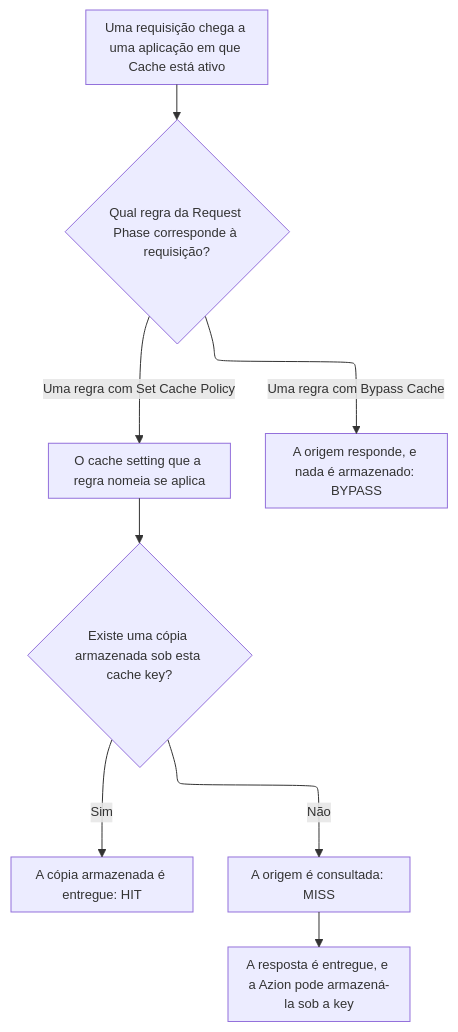
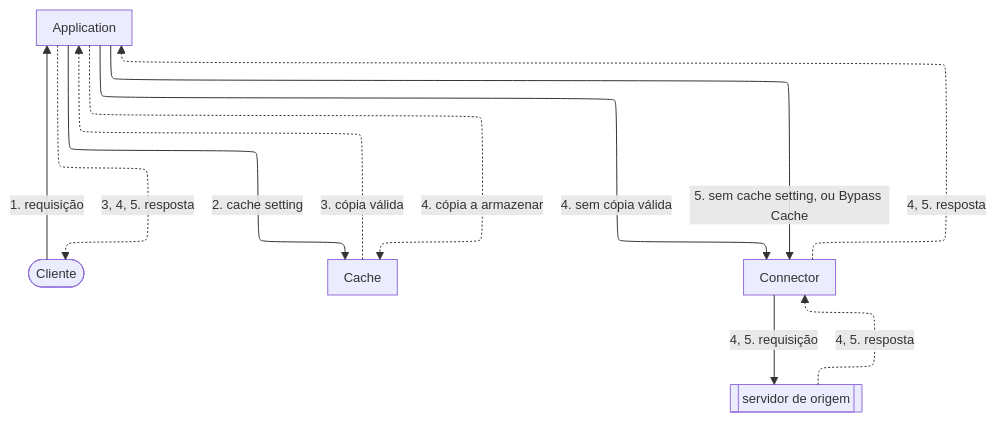
The diagram in apps/docs/src/content/docs/pt-br/pages/build/cache/visao-geral.mdx (aziontech/docs), drawn with Mermaid before and after one commit. The commit also changed other lines of this file and 5 other files, not shown here.

First line of the commit message:
docs(cache): apply the new rules to the Cache overview, quickstart, and Expiration and freshness

````diff
--- a/apps/docs/src/content/docs/pt-br/pages/build/cache/visao-geral.mdx
+++ b/apps/docs/src/content/docs/pt-br/pages/build/cache/visao-geral.mdx
@@ -57,11 +59,19 @@
 ```mermaid
-%%{init: {"layout": "elk", "themeVariables": {"fontSize": "13px"}, "flowchart": {"nodeSpacing": 24, "rankSpacing": 36, "padding": 8, "wrappingWidth": 150, "useMaxWidth": true}, "sequence": {"width": 120, "actorMargin": 30, "useMaxWidth": true}}}%%
+%%{init: {"layout": "elk", "elk": {"cycleBreakingStrategy": "MODEL_ORDER"}, "themeVariables": {"fontSize": "13px"}, "flowchart": {"nodeSpacing": 24, "rankSpacing": 36, "padding": 8, "wrappingWidth": 150, "useMaxWidth": true}, "sequence": {"width": 120, "actorMargin": 30, "useMaxWidth": true}}}%%
 flowchart TD
-  Request["Uma requisição chega a uma aplicação em que Cache está ativo"] --> Rules{"Qual regra da Request Phase corresponde à requisição?"}
-  Rules -->|"Uma regra com Set Cache Policy"| Setting["O cache setting que a regra nomeia se aplica"]
-  Rules -->|"Uma regra com Bypass Cache"| Bypass["A origem responde, e nada é armazenado: BYPASS"]
-  Setting --> Lookup{"Existe uma cópia armazenada sob esta cache key?"}
-  Lookup -->|"Sim"| Hit["A cópia armazenada é entregue: HIT"]
-  Lookup -->|"Não"| Origin["A origem é consultada: MISS"]
-  Origin --> Store["A resposta é entregue, e a Azion pode armazená-la sob a key"]
+  Client(["Cliente"])
+  App["Application"]
+  Cache["Cache"]
+  Conn["Connector"]
+  Origin[["servidor de origem"]]
+  Client -->|"1. requisição"| App
+  App -->|"2. cache setting"| Cache
+  Cache -.->|"3. cópia válida"| App
+  App -->|"4. sem cópia válida"| Conn
+  App -->|"5. sem cache setting, ou Bypass Cache"| Conn
+  Conn -->|"4, 5. requisição"| Origin
+  Origin -.->|"4, 5. resposta"| Conn
+  Conn -.->|"4, 5. resposta"| App
+  App -.->|"4. cópia a armazenar"| Cache
+  App -.->|"3, 4, 5. resposta"| Client
 ```
````
